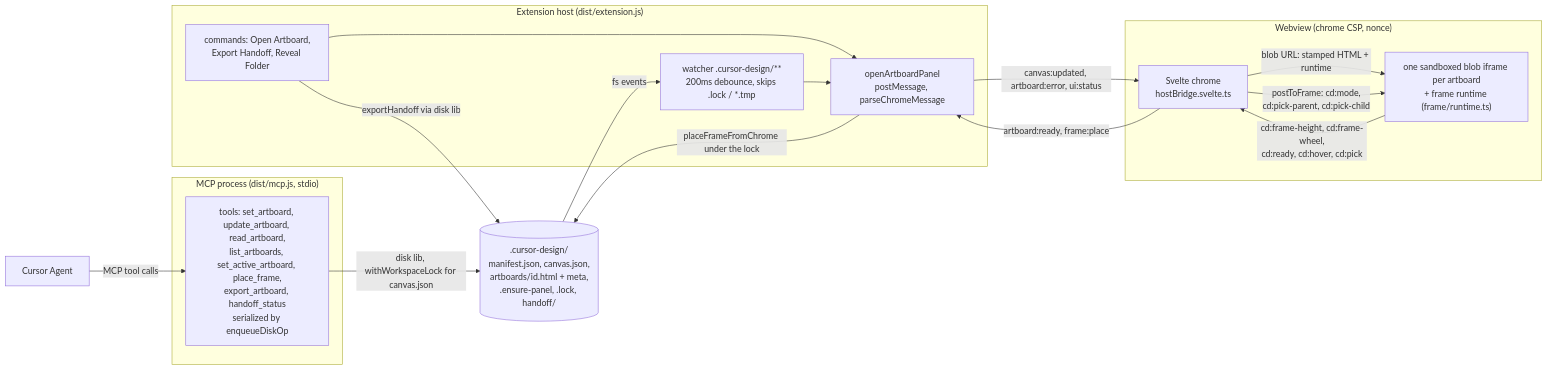
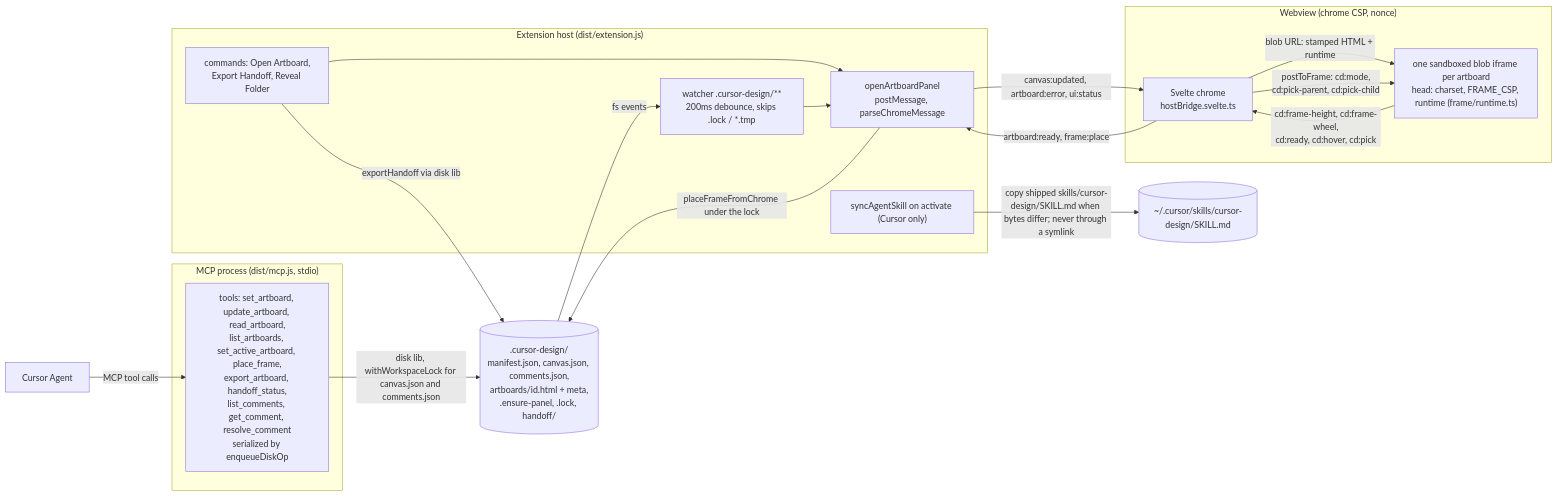
One commit to MarekBombera/cursor-design-extension changed the first of 6 diagrams in blueprint/context/system-map.md. Above: the diagram before and after it, drawn with Mermaid. The commit also changed other lines of this file and 46 other files, not shown here.

First line of the commit message:
feat: comments on disk + MCP tools, shipped Agent skill, frame CSP (8e)

````diff
--- a/blueprint/context/system-map.md
+++ b/blueprint/context/system-map.md
@@ -41,30 +41,33 @@
 ```mermaid
 flowchart LR
   Agent["Cursor Agent"]
   subgraph MCP["MCP process (dist/mcp.js, stdio)"]
-    Tools["tools: set_artboard, update_artboard, read_artboard,<br/>list_artboards, set_active_artboard, place_frame,<br/>export_artboard, handoff_status<br/>serialized by enqueueDiskOp"]
+    Tools["tools: set_artboard, update_artboard, read_artboard,<br/>list_artboards, set_active_artboard, place_frame,<br/>export_artboard, handoff_status,<br/>list_comments, get_comment, resolve_comment<br/>serialized by enqueueDiskOp"]
   end
   subgraph Host["Extension host (dist/extension.js)"]
     Watcher["watcher .cursor-design/**<br/>200ms debounce, skips .lock / *.tmp"]
     Panel["openArtboardPanel<br/>postMessage, parseChromeMessage"]
     Cmds["commands: Open Artboard,<br/>Export Handoff, Reveal Folder"]
+    Skill["syncAgentSkill on activate (Cursor only)"]
   end
   subgraph Webview["Webview (chrome CSP, nonce)"]
     Chrome["Svelte chrome<br/>hostBridge.svelte.ts"]
-    Frames["one sandboxed blob iframe per artboard<br/>+ frame runtime (frame/runtime.ts)"]
+    Frames["one sandboxed blob iframe per artboard<br/>head: charset, FRAME_CSP, runtime (frame/runtime.ts)"]
   end
-  Disk[(".cursor-design/<br/>manifest.json, canvas.json,<br/>artboards/id.html + meta,<br/>.ensure-panel, .lock, handoff/")]
+  Disk[(".cursor-design/<br/>manifest.json, canvas.json, comments.json,<br/>artboards/id.html + meta,<br/>.ensure-panel, .lock, handoff/")]
+  Home[("~/.cursor/skills/cursor-design/SKILL.md")]
 
   Agent -->|MCP tool calls| Tools
-  Tools -->|disk lib, withWorkspaceLock for canvas.json| Disk
+  Tools -->|disk lib, withWorkspaceLock for canvas.json and comments.json| Disk
+  Skill -->|copy shipped skills/cursor-design/SKILL.md when bytes differ; never through a symlink| Home
   Disk -->|fs events| Watcher
   Watcher --> Panel
   Cmds --> Panel
   Cmds -->|exportHandoff via disk lib| Disk
   Panel -->|canvas:updated, artboard:error, ui:status| Chrome
   Chrome -->|artboard:ready, frame:place| Panel
   Panel -->|placeFrameFromChrome under the lock| Disk
   Chrome -->|blob URL: stamped HTML + runtime| Frames
   Frames -->|cd:frame-height, cd:frame-wheel,<br/>cd:ready, cd:hover, cd:pick| Chrome
   Chrome -->|postToFrame: cd:mode,<br/>cd:pick-parent, cd:pick-child| Frames
 ```
````
